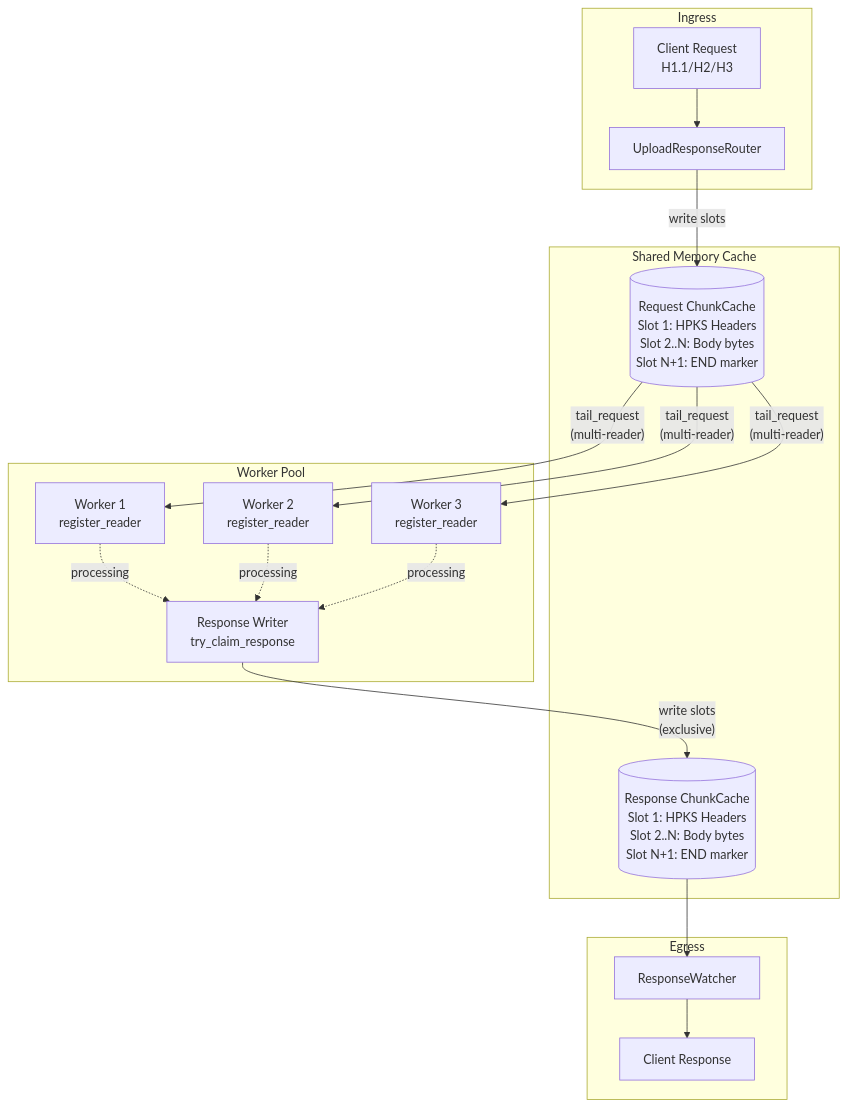
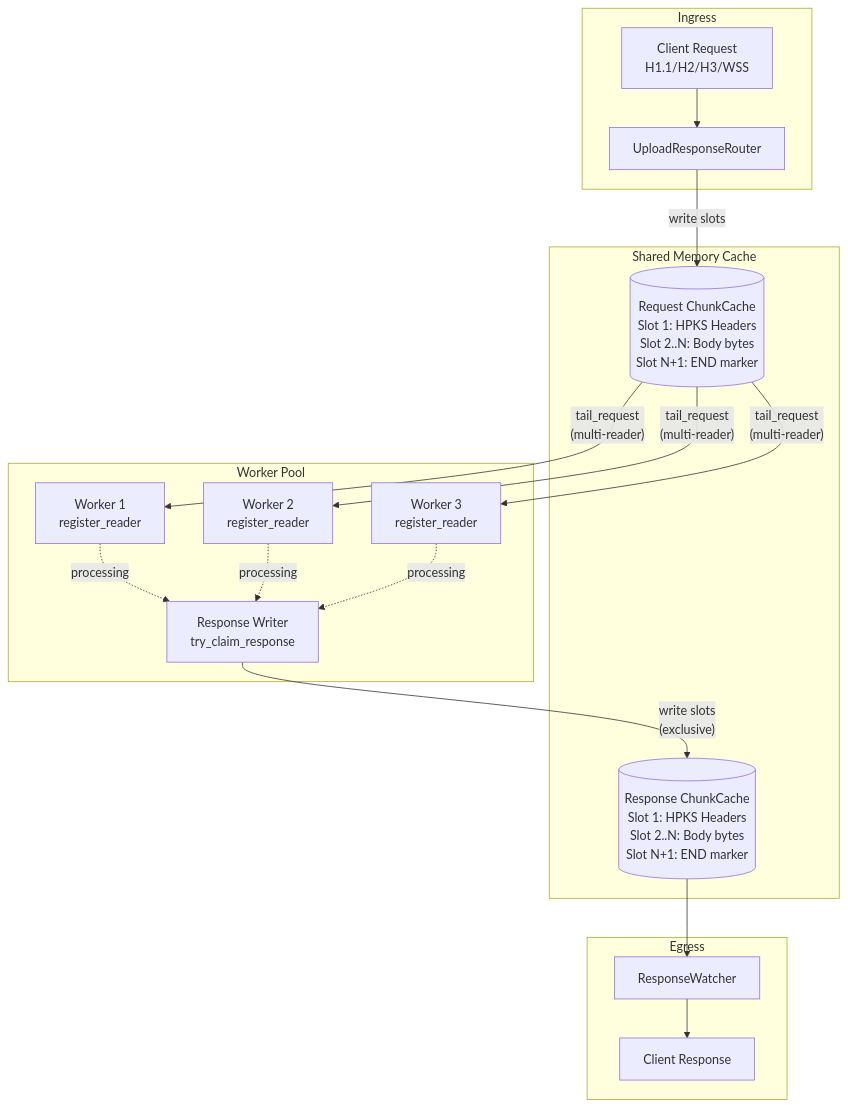
The diagram in upload-response/README.md (wavey-ai/web-services), drawn with Mermaid before and after one commit. The commit also changed other lines of this file and 4 other files, not shown here.

````diff
--- a/upload-response/README.md
+++ b/upload-response/README.md
@@ -7,36 +7,36 @@
 ```mermaid
 flowchart TB
     subgraph Ingress
-        Client[Client Request<br/>H1.1/H2/H3]
+        Client[Client Request<br/>H1.1/H2/H3/WSS]
         Router[UploadResponseRouter]
     end
 
     subgraph Cache["Shared Memory Cache"]
         ReqCache[(Request ChunkCache<br/>Slot 1: HPKS Headers<br/>Slot 2..N: Body bytes<br/>Slot N+1: END marker)]
         RespCache[(Response ChunkCache<br/>Slot 1: HPKS Headers<br/>Slot 2..N: Body bytes<br/>Slot N+1: END marker)]
     end
 
     subgraph Workers["Worker Pool"]
         W1[Worker 1<br/>register_reader]
         W2[Worker 2<br/>register_reader]
         W3[Worker 3<br/>register_reader]
         Writer[Response Writer<br/>try_claim_response]
     end
 
     subgraph Egress
         Watcher[ResponseWatcher]
         Response[Client Response]
     end
 
     Client --> Router
     Router -->|"write slots"| ReqCache
     ReqCache -->|"tail_request<br/>(multi-reader)"| W1
     ReqCache -->|"tail_request<br/>(multi-reader)"| W2
     ReqCache -->|"tail_request<br/>(multi-reader)"| W3
     W1 -.->|"processing"| Writer
     W2 -.->|"processing"| Writer
     W3 -.->|"processing"| Writer
     Writer -->|"write slots<br/>(exclusive)"| RespCache
     RespCache --> Watcher
     Watcher --> Response
 ```
````
